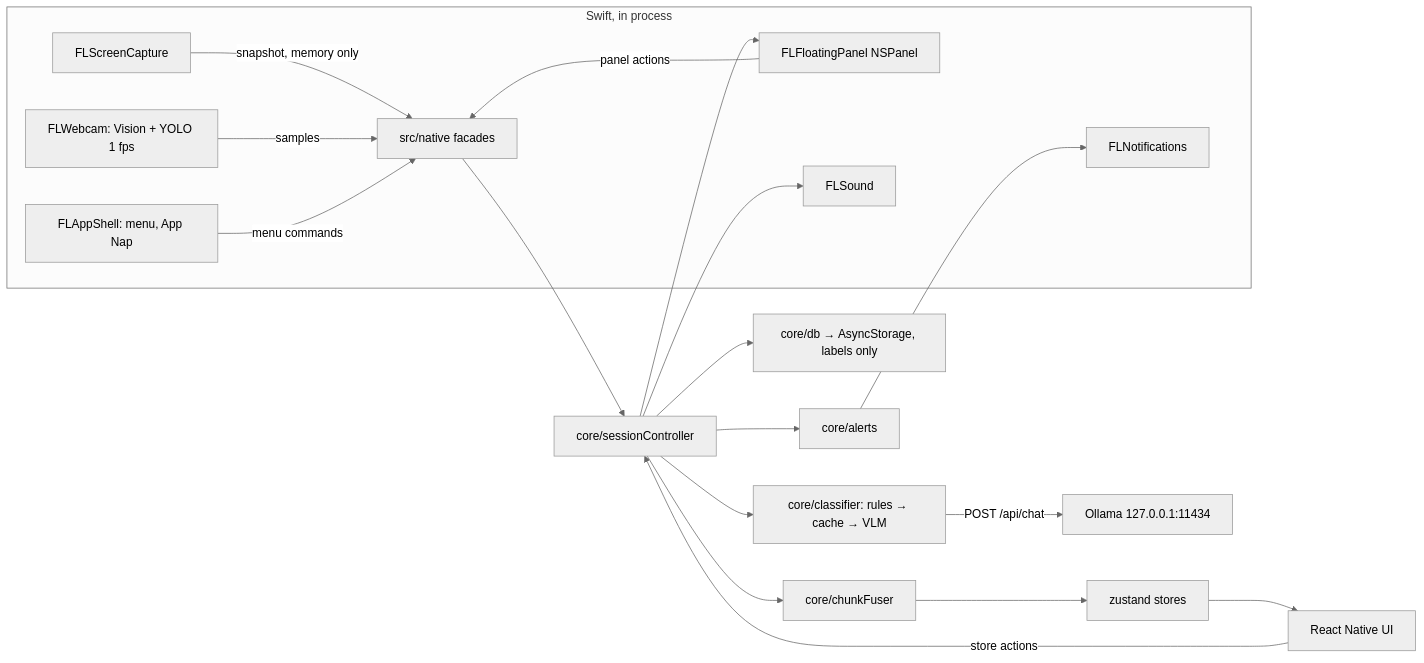
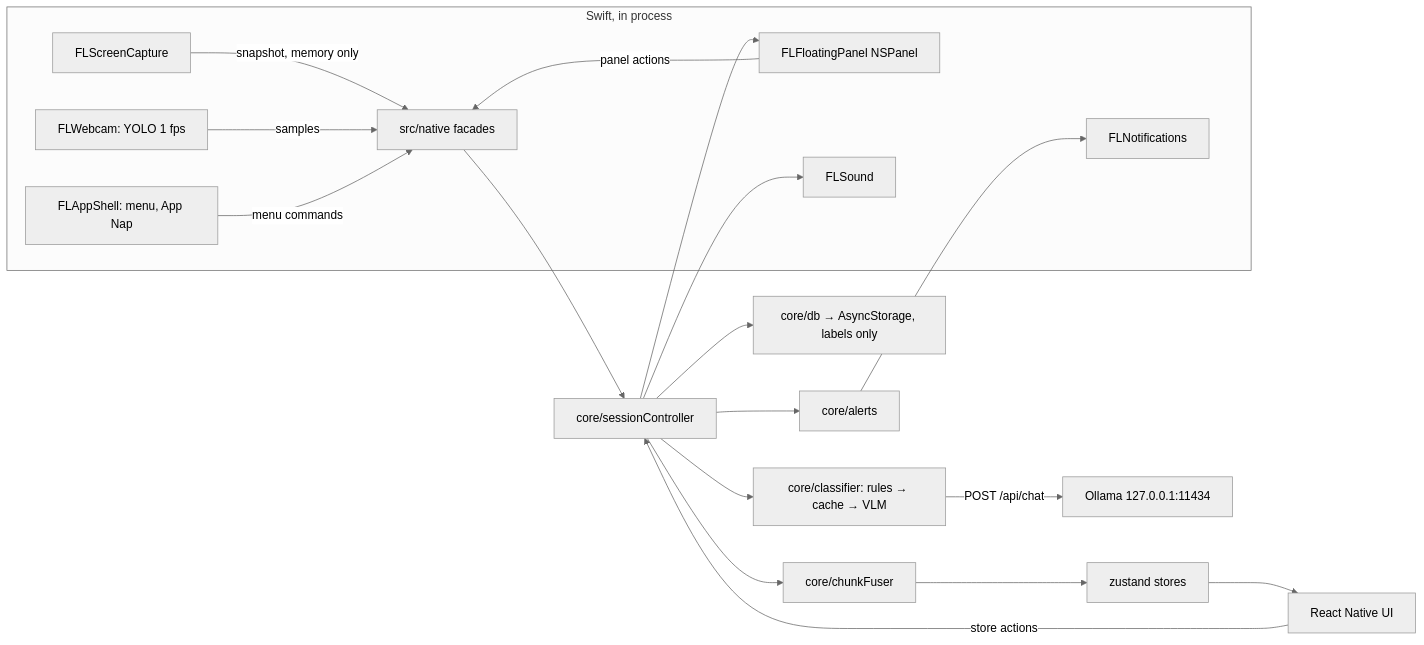
Before and after one commit to AlperErg/larpless: the diagram in README.md, drawn with Mermaid (neutral theme). The commit also changed other lines of this file and 4 other files, not shown here.

````diff
--- a/README.md
+++ b/README.md
@@ -39,21 +39,21 @@
 ```mermaid
 flowchart LR
   subgraph swift [Swift, in process]
     SC[FLScreenCapture] -->|snapshot, memory only| F
-    WC[FLWebcam: Vision + YOLO 1 fps] -->|samples| F
+    WC[FLWebcam: YOLO 1 fps] -->|samples| F
     PN[FLFloatingPanel NSPanel] -->|panel actions| F
     AS[FLAppShell: menu, App Nap] -->|menu commands| F
     NT[FLNotifications]
     SD[FLSound]
   end
   F[src/native facades] --> CTRL[core/sessionController]
   CTRL --> CLS[core/classifier: rules → cache → VLM]
   CLS -->|POST /api/chat| OL[Ollama 127.0.0.1:11434]
   CTRL --> FU[core/chunkFuser] --> ST[zustand stores]
   CTRL --> AL[core/alerts] --> NT
   CTRL --> PN
   CTRL --> SD
   CTRL --> DB[core/db → AsyncStorage, labels only]
   ST --> UI[React Native UI]
   UI -->|store actions| CTRL
 ```
````
